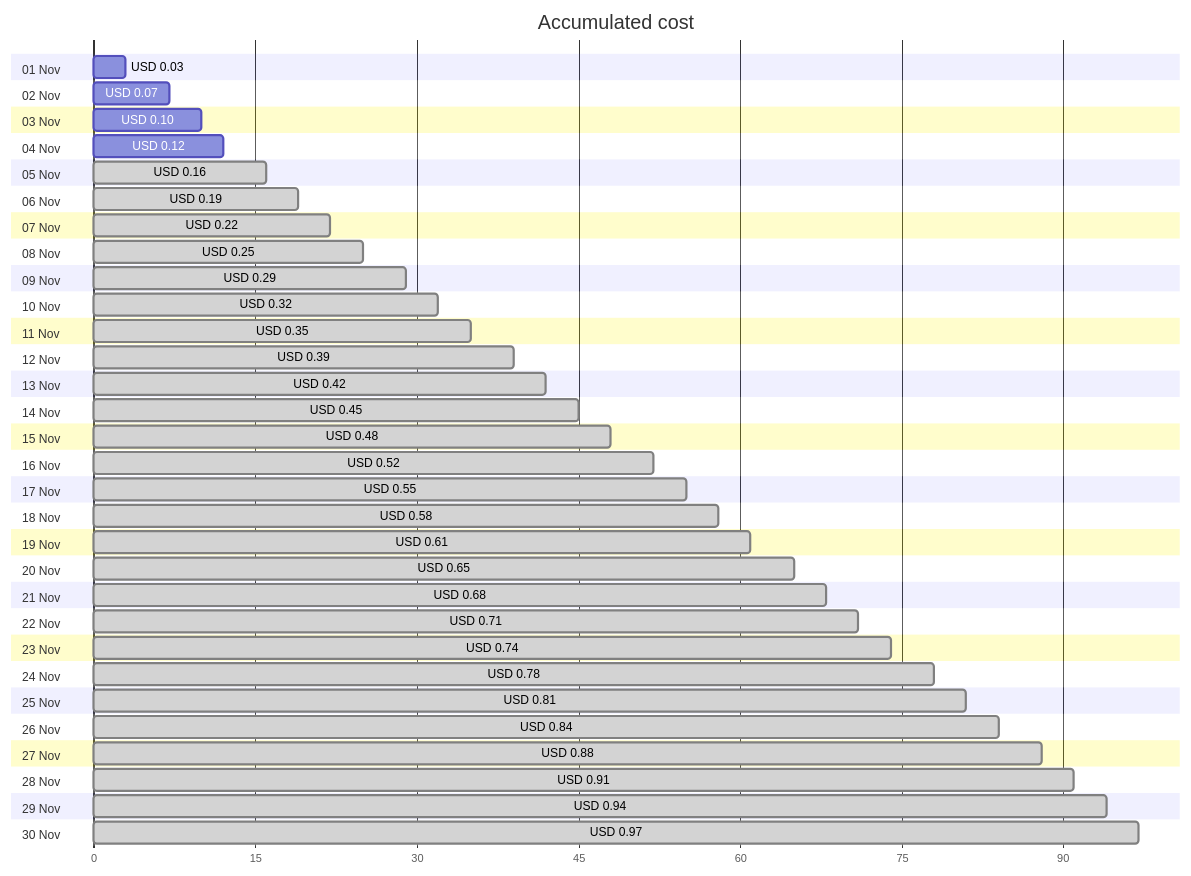
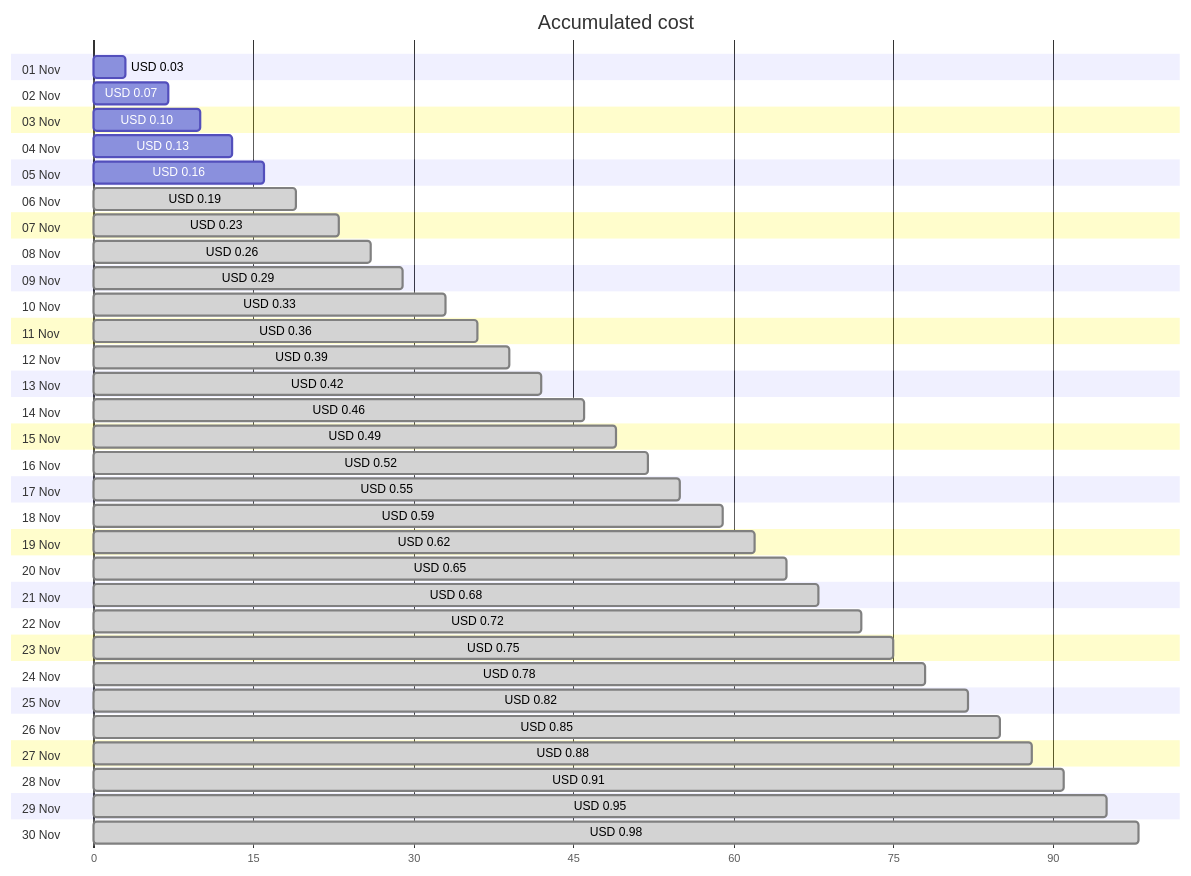
The first of 4 diagrams in cost-reports/personal-dns/README.md (jpfulton/azure-personal-reports), drawn with Mermaid before and after one commit. The commit also changed other lines of this file and 2 other files, not shown here.

Commit message:
Generated reports [skip ci]

````diff
--- a/cost-reports/personal-dns/README.md
+++ b/cost-reports/personal-dns/README.md
@@ -20,66 +20,66 @@
 ```mermaid
 gantt
    title Accumulated cost
    dateFormat  X
    axisFormat %s
    section 01 Nov
    USD 0.03 :0, 3
    section 02 Nov
    USD 0.07 :0, 7
    section 03 Nov
    USD 0.10 :0, 10
    section 04 Nov
-   USD 0.12 :0, 12
+   USD 0.13 :0, 13
    section 05 Nov
-   USD 0.16 : done, 0, 16
+   USD 0.16 :0, 16
    section 06 Nov
    USD 0.19 : done, 0, 19
    section 07 Nov
-   USD 0.22 : done, 0, 22
+   USD 0.23 : done, 0, 23
    section 08 Nov
-   USD 0.25 : done, 0, 25
+   USD 0.26 : done, 0, 26
    section 09 Nov
    USD 0.29 : done, 0, 29
    section 10 Nov
-   USD 0.32 : done, 0, 32
+   USD 0.33 : done, 0, 33
    section 11 Nov
-   USD 0.35 : done, 0, 35
+   USD 0.36 : done, 0, 36
    section 12 Nov
    USD 0.39 : done, 0, 39
    section 13 Nov
    USD 0.42 : done, 0, 42
    section 14 Nov
-   USD 0.45 : done, 0, 45
+   USD 0.46 : done, 0, 46
    section 15 Nov
-   USD 0.48 : done, 0, 48
+   USD 0.49 : done, 0, 49
    section 16 Nov
    USD 0.52 : done, 0, 52
    section 17 Nov
    USD 0.55 : done, 0, 55
    section 18 Nov
-   USD 0.58 : done, 0, 58
+   USD 0.59 : done, 0, 59
    section 19 Nov
-   USD 0.61 : done, 0, 61
+   USD 0.62 : done, 0, 62
    section 20 Nov
    USD 0.65 : done, 0, 65
    section 21 Nov
    USD 0.68 : done, 0, 68
    section 22 Nov
-   USD 0.71 : done, 0, 71
+   USD 0.72 : done, 0, 72
    section 23 Nov
-   USD 0.74 : done, 0, 74
+   USD 0.75 : done, 0, 75
    section 24 Nov
    USD 0.78 : done, 0, 78
    section 25 Nov
-   USD 0.81 : done, 0, 81
+   USD 0.82 : done, 0, 82
    section 26 Nov
-   USD 0.84 : done, 0, 84
+   USD 0.85 : done, 0, 85
    section 27 Nov
    USD 0.88 : done, 0, 88
    section 28 Nov
    USD 0.91 : done, 0, 91
    section 29 Nov
-   USD 0.94 : done, 0, 94
+   USD 0.95 : done, 0, 95
    section 30 Nov
-   USD 0.97 : done, 0, 97
+   USD 0.98 : done, 0, 98
 ```
````
